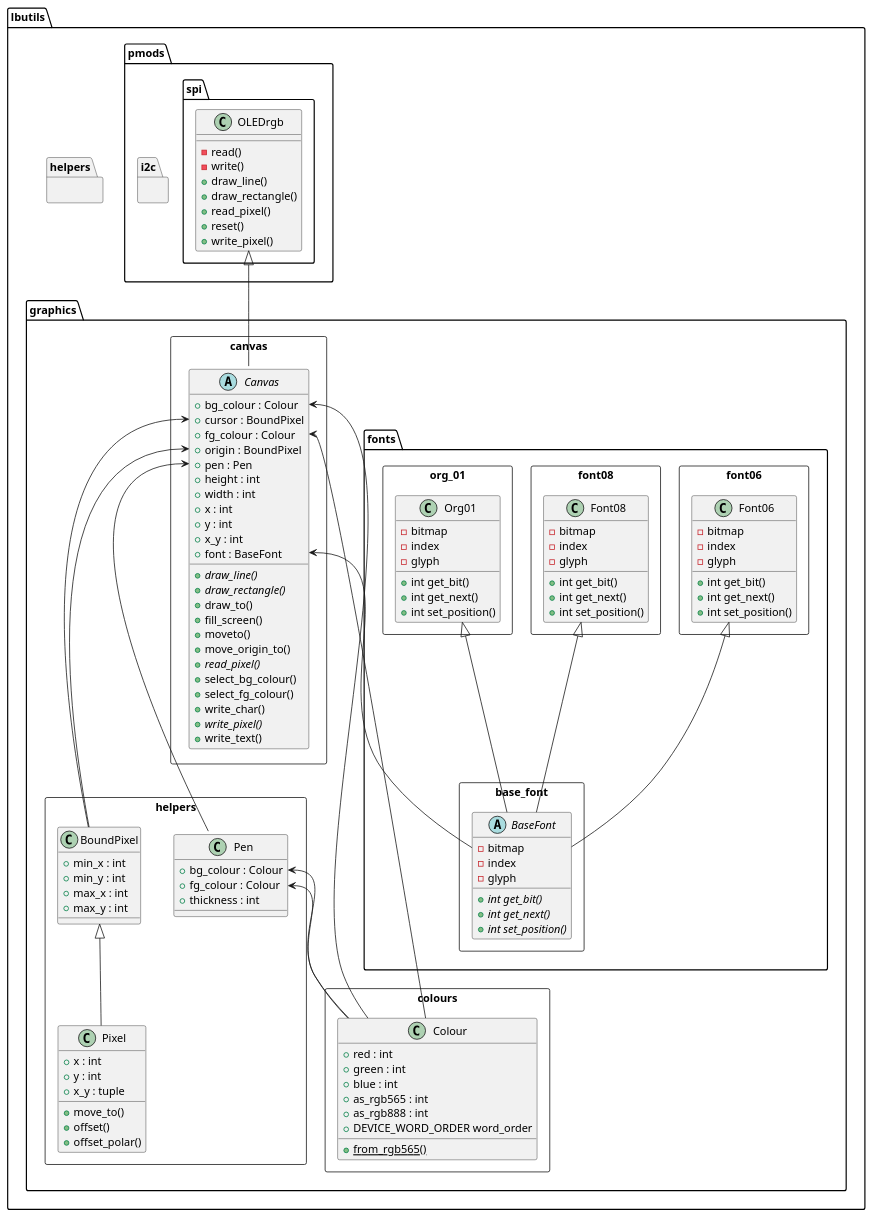
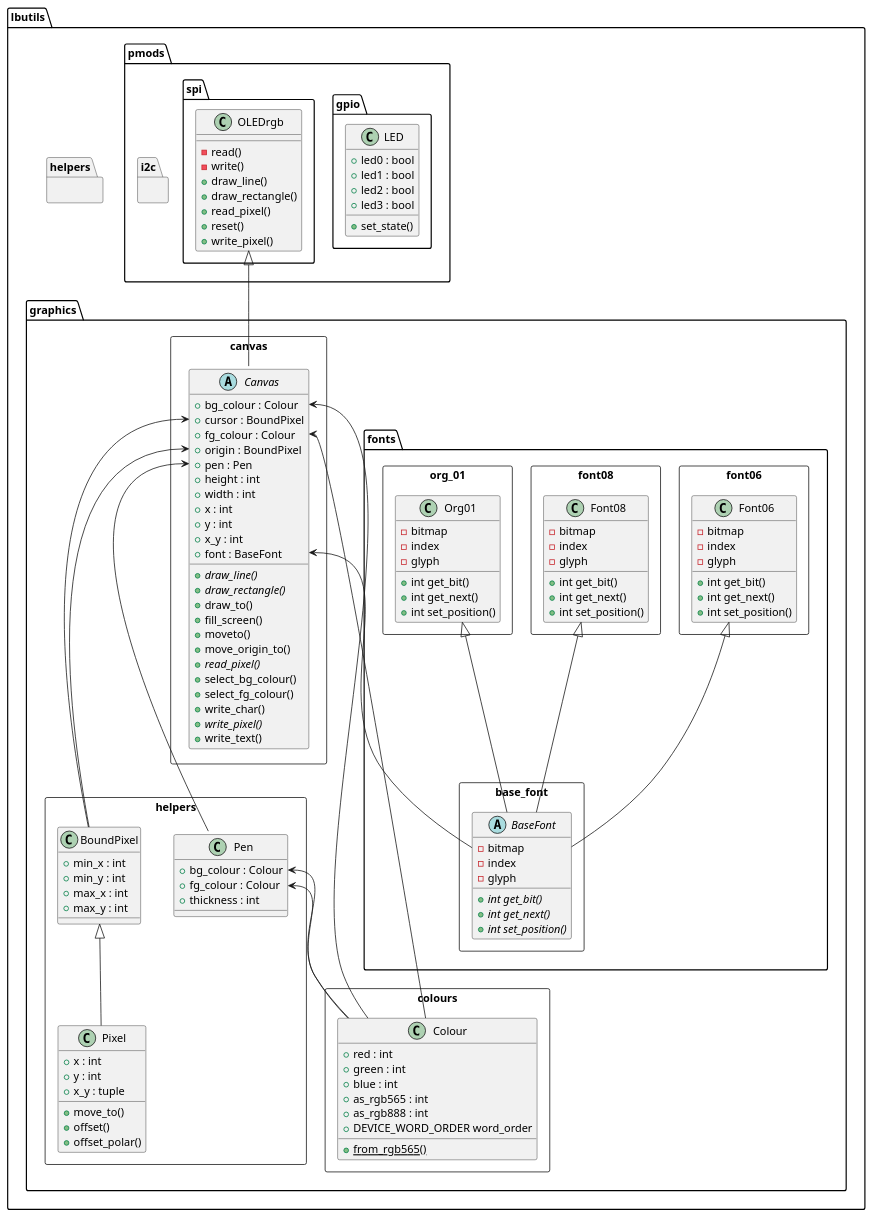
Before and after one commit to dlove24/lbutils: the diagram in docs/media/lbutils_pmods.puml, drawn with PlantUML. The commit also changed 7 other files, not shown here.

Commit message:
Add class diagrams for the new GPIO module

```diff
--- a/docs/media/lbutils_pmods.puml
+++ b/docs/media/lbutils_pmods.puml
@@ -1,143 +1,152 @@
 @startuml lbutils_pmods
 namespace lbutils {
     namespace graphics {
         namespace fonts {
             namespace base_font <<Rectangle>> {
                 abstract class BaseFont {
                     - bitmap
                     - index
                     - glyph
                     {abstract} +int get_bit()
                     {abstract} +int get_next()
                     {abstract} +int set_position()
                 }
             }
             namespace font06 <<Rectangle>> {
                 class Font06 {
                     - bitmap
                     - index
                     - glyph
                     +int get_bit()
                     +int get_next()
                     +int set_position()
                 }
             }
             namespace font08 <<Rectangle>> {
                 class Font08{
                     - bitmap
                     - index
                     - glyph
                     +int get_bit()
                     +int get_next()
                     +int set_position()
                 }
             }
             namespace org_01 <<Rectangle>> {
                 class Org01{
                     - bitmap
                     - index
                     - glyph
                     +int get_bit()
                     +int get_next()
                     +int set_position()
                 }
             }
         }
     namespace helpers <<Rectangle>> {
         class Pen {
             + bg_colour : Colour
             + fg_colour : Colour
             + thickness : int
             }
         class Pixel {
             + x : int
             + y : int
             + x_y : tuple
             +move_to()
             +offset()
             +offset_polar()
             }
         class BoundPixel {
             + min_x : int
             + min_y : int
             + max_x : int
             + max_y : int
             }
     }
     namespace colours <<Rectangle>> {
         class Colour {
             + red : int
             + green : int
             + blue : int
             + as_rgb565 : int
             + as_rgb888 : int
             +DEVICE_WORD_ORDER word_order
             {static} +from_rgb565()
         }
     }
     namespace canvas <<Rectangle>> {
         abstract class Canvas {
             + bg_colour : Colour
             + cursor : BoundPixel
             + fg_colour : Colour
             + origin : BoundPixel
             + pen : Pen
             + height : int
             + width : int
             + x : int
             + y : int
             + x_y : int
             + font : BaseFont
             {abstract} +draw_line()
             {abstract} +draw_rectangle()
             +draw_to()
             +fill_screen()
             +moveto()
             +move_origin_to()
             {abstract} +read_pixel()
             +select_bg_colour()
             +select_fg_colour()
             +write_char()
             {abstract} +write_pixel()
             +write_text()
             }
         }
     }
     namespace helpers {
     }
     namespace pmods {
+        namespace gpio {
+            class LED {
+                + led0 : bool
+                + led1 : bool
+                + led2 : bool
+                + led3 : bool
+                + set_state()
+                }
+        }
         namespace i2c {
         }
         namespace spi {
             class OLEDrgb {
                 - read()
                 - write()
                 + draw_line()
                 + draw_rectangle()
                 + read_pixel()
                 + reset()
                 + write_pixel()
                 }
         }
     }
 }
 
 lbutils.graphics.fonts.font06.Font06 <|-- lbutils.graphics.fonts.base_font.BaseFont
 lbutils.graphics.fonts.font08.Font08 <|-- lbutils.graphics.fonts.base_font.BaseFont
 lbutils.graphics.fonts.org_01.Org01 <|-- lbutils.graphics.fonts.base_font.BaseFont
 
 lbutils.graphics.helpers.Pen::bg_colour <-- lbutils.graphics.colours.Colour
 lbutils.graphics.helpers.Pen::fg_colour <-- lbutils.graphics.colours.Colour
 
 lbutils.graphics.helpers.BoundPixel <|-- lbutils.graphics.helpers.Pixel
 
 lbutils.graphics.canvas.Canvas::bg_colour <-- lbutils.graphics.colours.Colour
 lbutils.graphics.canvas.Canvas::fg_colour <-- lbutils.graphics.colours.Colour
 lbutils.graphics.canvas.Canvas::cursor <-- lbutils.graphics.helpers.BoundPixel
 lbutils.graphics.canvas.Canvas::origin <-- lbutils.graphics.helpers.BoundPixel
 lbutils.graphics.canvas.Canvas::pen <-- lbutils.graphics.helpers.Pen
 lbutils.graphics.canvas.Canvas::font <-- lbutils.graphics.fonts.base_font.BaseFont
 
 lbutils.pmods.spi.OLEDrgb <|-- lbutils.graphics.canvas.Canvas
 
 @enduml
```
